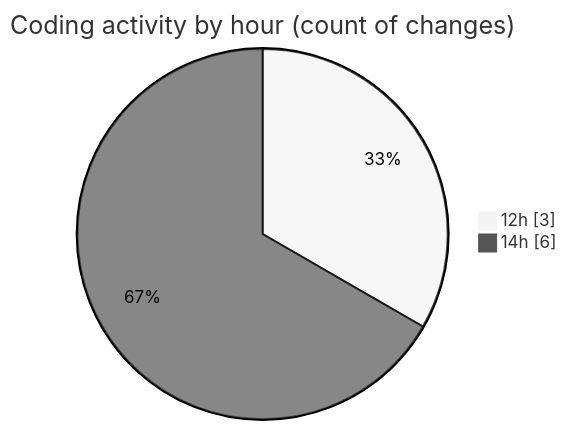
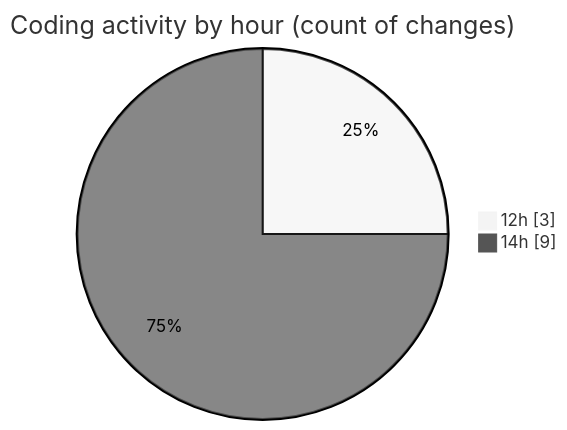
One commit to debugP/code-tracking changed the second of 2 diagrams in 2026-07-27/untitled__workspace_/README.md. Above: the diagram before and after it, drawn with Mermaid (neutral theme). The commit also changed other lines of this file and 1 other file, not shown here.

````diff
--- a/2026-07-27/untitled__workspace_/README.md
+++ b/2026-07-27/untitled__workspace_/README.md
@@ -31,6 +31,6 @@
 ```mermaid
 pie showData
 title Coding activity by hour (count of changes)
 "12h" : 3
-"14h" : 6
+"14h" : 9
 ```
````
